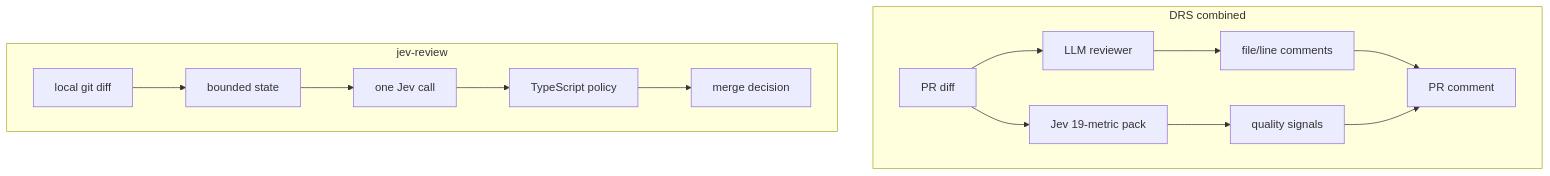
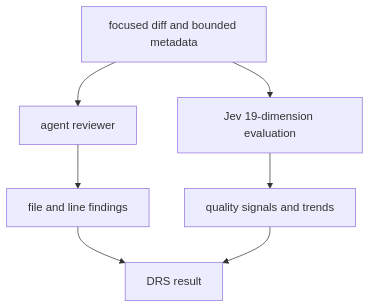
The third of 3 diagrams in src/content/blog/jev-doesnt-write-review-comments.mdx (manojlds/stacktoheap), drawn with Mermaid before and after one commit. The commit also changed other lines of this file, not shown here.

Commit message:
blog: reframe Jev introduction and review experiments

````diff
--- a/src/content/blog/jev-doesnt-write-review-comments.mdx
+++ b/src/content/blog/jev-doesnt-write-review-comments.mdx
@@ -52,18 +208,9 @@
 ```mermaid
 flowchart TB
-  subgraph drs [DRS combined]
-    Diff1[PR diff] --> Agent[LLM reviewer]
-    Diff1 --> Jev19[Jev 19-metric pack]
-    Agent --> Findings[file/line comments]
-    Jev19 --> Scorecard[quality signals]
-    Findings --> Comment[PR comment]
-    Scorecard --> Comment
-  end
-
-  subgraph cli [jev-review]
-    Diff2[local git diff] --> State2[bounded state]
-    State2 --> JevSmall[one Jev call]
-    JevSmall --> Policy2[TypeScript policy]
-    Policy2 --> Gate[merge decision]
-  end
+  Diff[focused diff and bounded metadata] --> Agent[agent reviewer]
+  Diff --> Jev[Jev 19-dimension evaluation]
+  Agent --> Findings[file and line findings]
+  Jev --> Scorecard[quality signals and trends]
+  Findings --> Summary[DRS result]
+  Scorecard --> Summary
 ```
````
